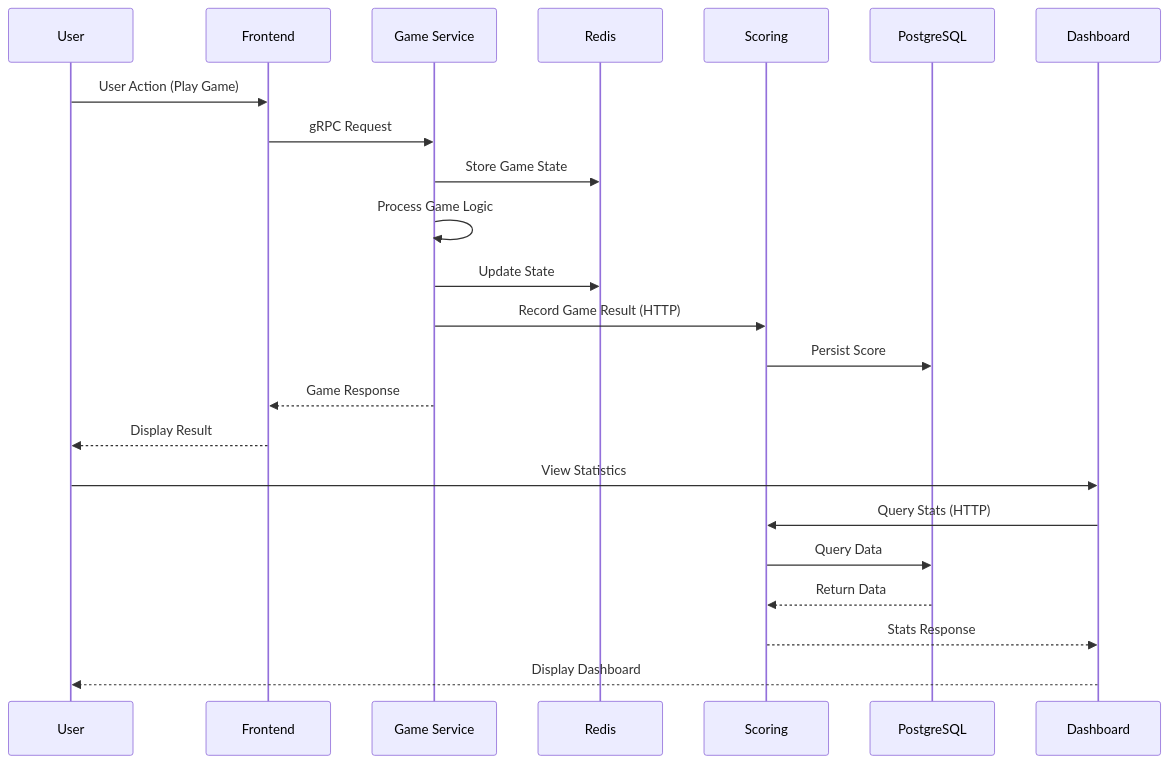
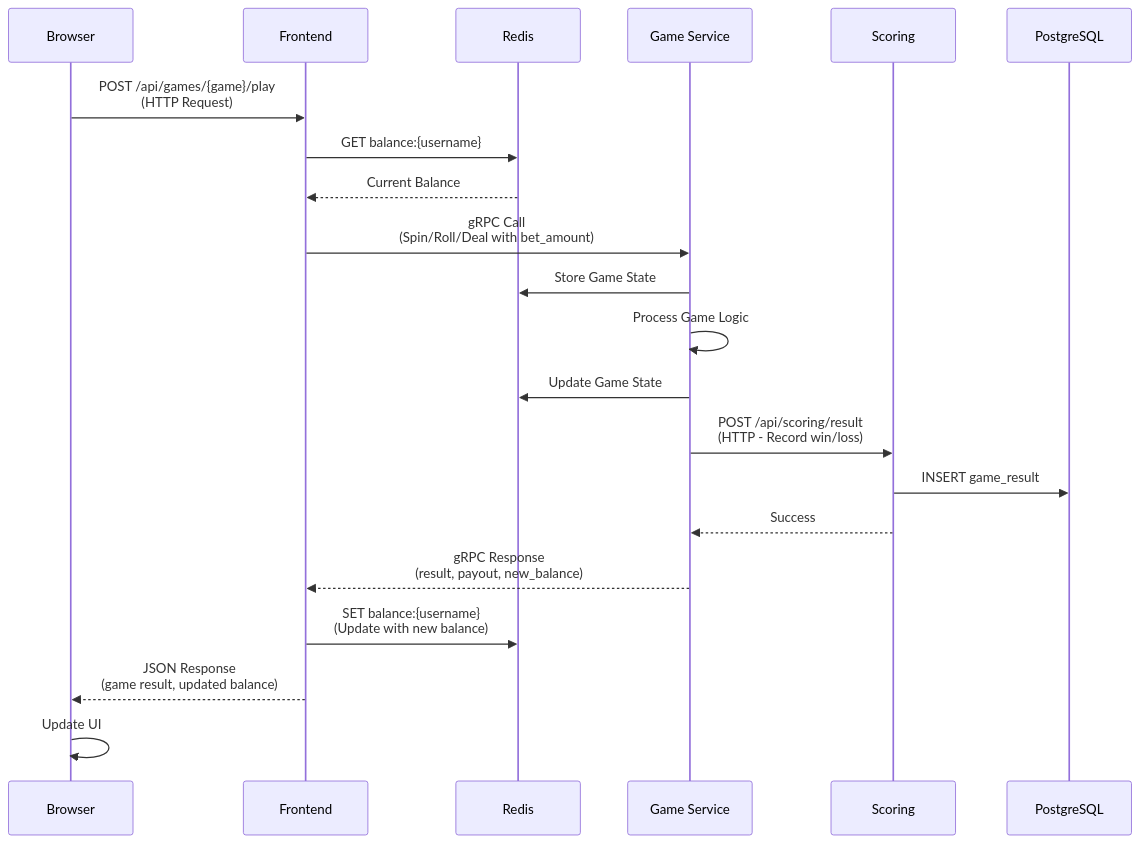
One commit to dynatrace-oss/Perform-Hackathon-2026 changed the third of 7 diagrams in docs/architecture/index.md. Above: the diagram before and after it, drawn with Mermaid. The commit also changed other lines of this file and 127 other files, not shown here.

````diff
--- a/docs/architecture/index.md
+++ b/docs/architecture/index.md
@@ -66,27 +106,24 @@
 ```mermaid
 sequenceDiagram
-    participant User
+    participant Browser
     participant Frontend
+    participant Redis
     participant Game as Game Service
-    participant Redis
     participant Scoring
     participant PostgreSQL
-    participant Dashboard
     
-    User->>Frontend: User Action (Play Game)
-    Frontend->>Game: gRPC Request
+    Browser->>Frontend: POST /api/games/{game}/play<br/>(HTTP Request)
+    Frontend->>Redis: GET balance:{username}
+    Redis-->>Frontend: Current Balance
+    Frontend->>Game: gRPC Call<br/>(Spin/Roll/Deal with bet_amount)
     Game->>Redis: Store Game State
     Game->>Game: Process Game Logic
-    Game->>Redis: Update State
-    Game->>Scoring: Record Game Result (HTTP)
-    Scoring->>PostgreSQL: Persist Score
-    Game-->>Frontend: Game Response
-    Frontend-->>User: Display Result
-    
-    User->>Dashboard: View Statistics
-    Dashboard->>Scoring: Query Stats (HTTP)
-    Scoring->>PostgreSQL: Query Data
-    PostgreSQL-->>Scoring: Return Data
-    Scoring-->>Dashboard: Stats Response
-    Dashboard-->>User: Display Dashboard
+    Game->>Redis: Update Game State
+    Game->>Scoring: POST /api/scoring/result<br/>(HTTP - Record win/loss)
+    Scoring->>PostgreSQL: INSERT game_result
+    Scoring-->>Game: Success
+    Game-->>Frontend: gRPC Response<br/>(result, payout, new_balance)
+    Frontend->>Redis: SET balance:{username}<br/>(Update with new balance)
+    Frontend-->>Browser: JSON Response<br/>(game result, updated balance)
+    Browser->>Browser: Update UI
 ```
````
